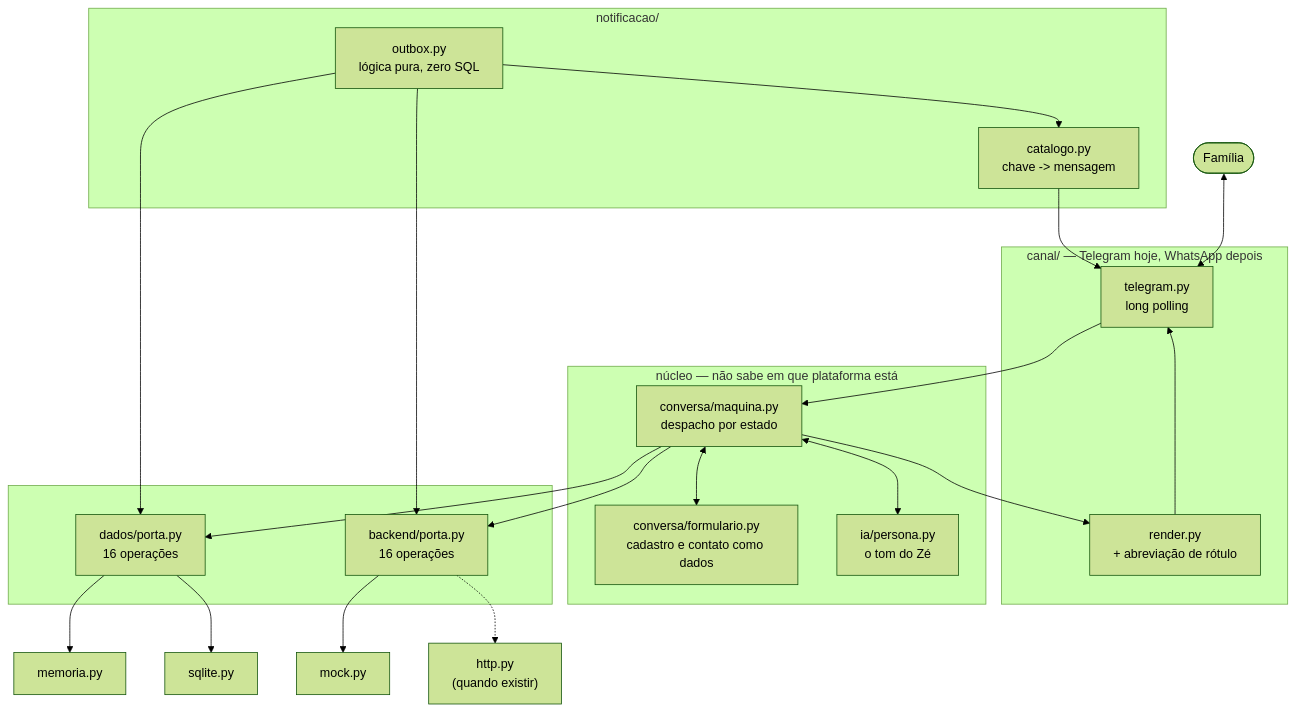
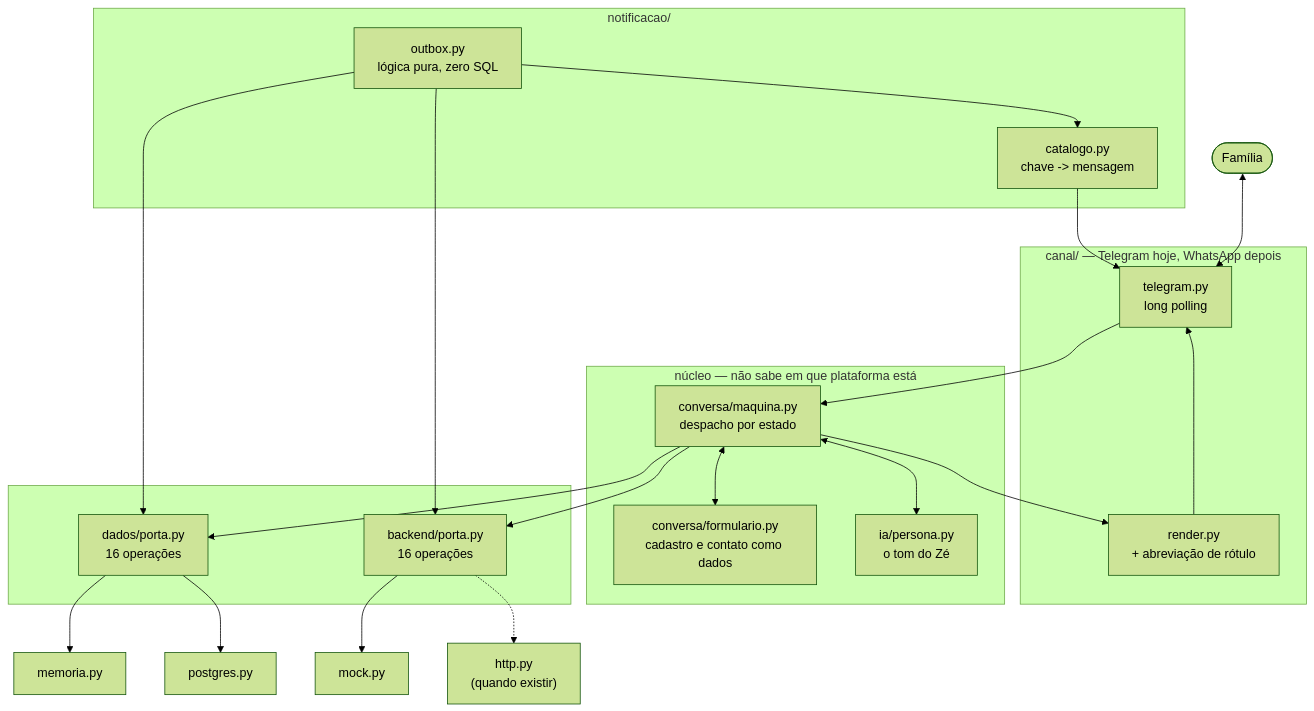
Before and after one commit to GuilhermeRozenblat/Hackathon-claude: the diagram in docs/ARQUITETURA.md, drawn with Mermaid (forest theme). The commit also changed other lines of this file and 18 other files, not shown here.

First line of the commit message:
Persistência em Postgres no Supabase, no lugar do sqlite

````diff
--- a/docs/ARQUITETURA.md
+++ b/docs/ARQUITETURA.md
@@ -139,44 +139,44 @@
 ```mermaid
 flowchart TB
     U([Família])
 
     subgraph CANAL["canal/ — Telegram hoje, WhatsApp depois"]
         TG["telegram.py<br/>long polling"]
         RD["render.py<br/>+ abreviação de rótulo"]
     end
 
     subgraph NUCLEO["núcleo — não sabe em que plataforma está"]
         MAQ["conversa/maquina.py<br/>despacho por estado"]
         FORM["conversa/formulario.py<br/>cadastro e contato como dados"]
         PERS["ia/persona.py<br/>o tom do Zé"]
     end
 
     subgraph PORTAS[" "]
         PD["dados/porta.py<br/>16 operações"]
         PB["backend/porta.py<br/>16 operações"]
     end
 
     MEM["memoria.py"]
-    SQL["sqlite.py"]
+    SQL["postgres.py"]
     MOCK["mock.py"]
     HTTP["http.py<br/>(quando existir)"]
 
     subgraph NOT["notificacao/"]
         OBX["outbox.py<br/>lógica pura, zero SQL"]
         CAT["catalogo.py<br/>chave -> mensagem"]
     end
 
     U <--> TG --> MAQ
     MAQ --> RD --> TG
     MAQ <--> FORM
     MAQ <--> PERS
     MAQ --> PD
     MAQ --> PB
     PD --> MEM
     PD --> SQL
     PB --> MOCK
     PB -.-> HTTP
     OBX --> PD
     OBX --> PB
     OBX --> CAT --> TG
 ```
````
